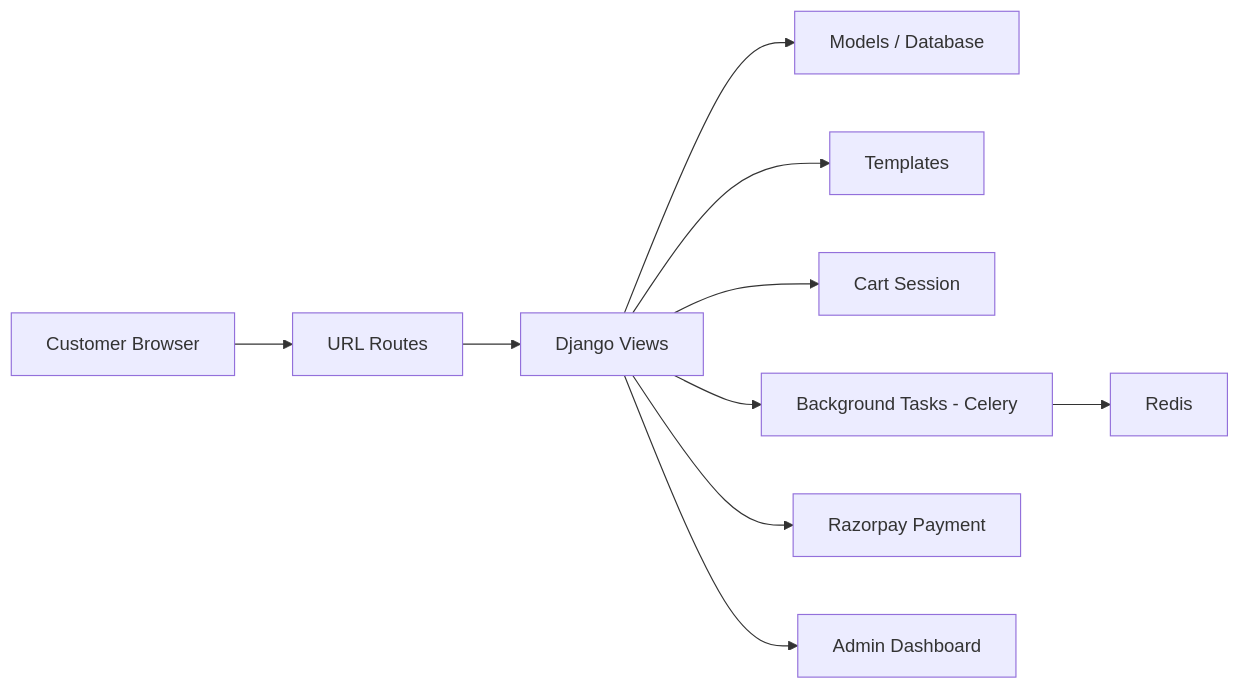
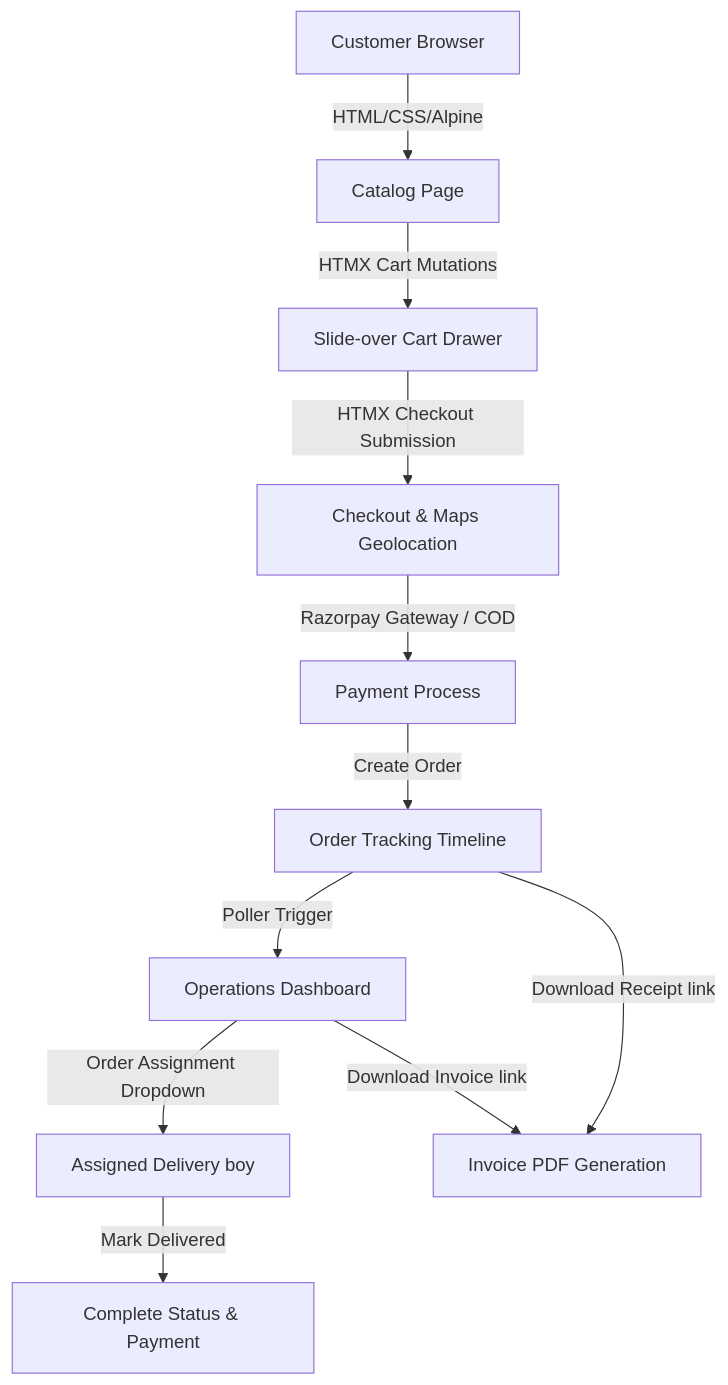
One commit to leoxurDev/SMK-Maavu-Kadai changed the first of 2 diagrams in README.md. Above: the diagram before and after it, drawn with Mermaid. The commit also changed other lines of this file, not shown here.

Commit message:
Update README.md with features, architecture diagrams, and running steps

````diff
--- a/README.md
+++ b/README.md
@@ -76,12 +57,15 @@
 ```mermaid
-flowchart LR
-    A[Customer Browser] --> B[URL Routes]
-    B --> C[Django Views]
-    C --> D[Models / Database]
-    C --> E[Templates]
-    C --> F[Cart Session]
-    C --> G[Background Tasks - Celery]
-    G --> H[Redis]
-    C --> I[Razorpay Payment]
-    C --> J[Admin Dashboard]
+flowchart TD
+    A[Customer Browser] -->|HTML/CSS/Alpine| B[Catalog Page]
+    B -->|HTMX Cart Mutations| C[Slide-over Cart Drawer]
+    C -->|HTMX Checkout Submission| D[Checkout & Maps Geolocation]
+    D -->|Razorpay Gateway / COD| E[Payment Process]
+    E -->|Create Order| F[Order Tracking Timeline]
+    
+    F -->|Poller Trigger| G[Operations Dashboard]
+    G -->|Order Assignment Dropdown| H[Assigned Delivery boy]
+    H -->|Mark Delivered| I[Complete Status & Payment]
+    
+    G -->|Download Invoice link| J[Invoice PDF Generation]
+    F -->|Download Receipt link| J
 ```
````
